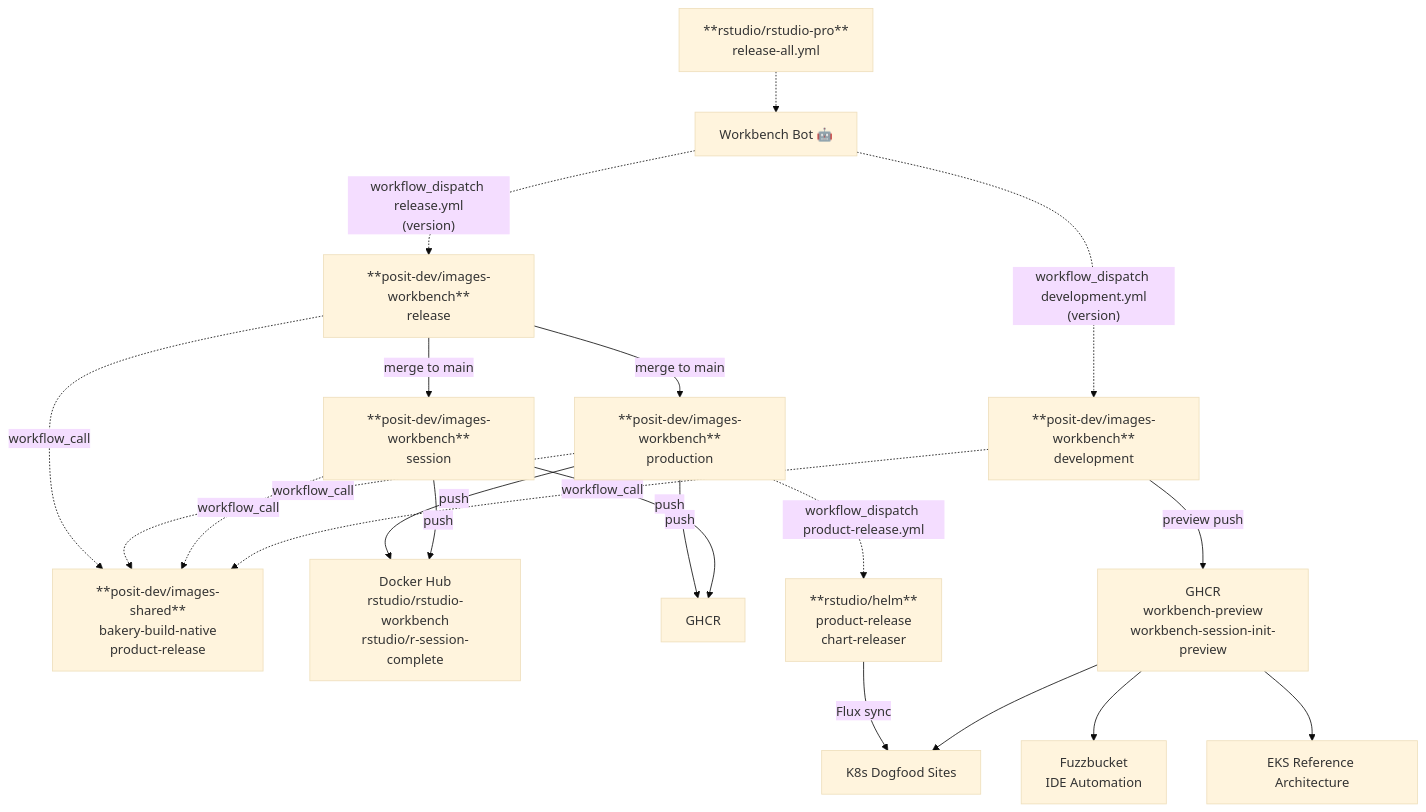
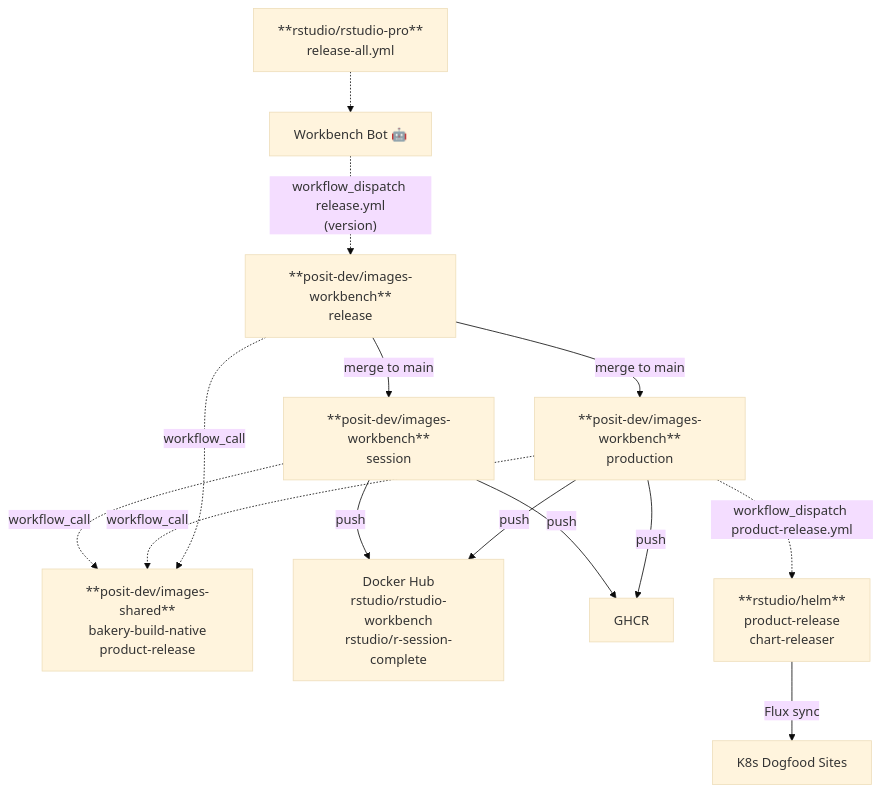
The sixth of 9 diagrams in docs/cross-repo-dag.md (posit-dev/images-shared), drawn with Mermaid (base theme) before and after one commit. The commit also changed other lines of this file, not shown here.

First line of the commit message:
Split per-product diagrams and fix consistency

````diff
--- a/docs/cross-repo-dag.md
+++ b/docs/cross-repo-dag.md
@@ -195,47 +216,35 @@
 ```mermaid
 graph TD
     PROD["**rstudio/rstudio-pro**<br/>release-all.yml"]
     BOT["Workbench Bot 🤖"]
 
     PROD -.-> BOT
-
     BOT -.->|"workflow_dispatch release.yml<br/>(version)"| IMG_RELEASE
-    BOT -.->|"workflow_dispatch development.yml<br/>(version)"| IMG_DEV
 
     SHARED["**posit-dev/images-shared**<br/>bakery-build-native<br/>product-release"]
 
     IMG_RELEASE["**posit-dev/images-workbench**<br/>release"]
     IMG_PROD["**posit-dev/images-workbench**<br/>production"]
     IMG_SESSION["**posit-dev/images-workbench**<br/>session"]
-    IMG_DEV["**posit-dev/images-workbench**<br/>development"]
 
     IMG_RELEASE -.->|workflow_call| SHARED
     IMG_PROD -.->|workflow_call| SHARED
     IMG_SESSION -.->|workflow_call| SHARED
-    IMG_DEV -.->|workflow_call| SHARED
 
     IMG_RELEASE -->|"merge to main"| IMG_PROD
     IMG_RELEASE -->|"merge to main"| IMG_SESSION
 
     IMG_PROD -->|push| DOCKERHUB
     IMG_PROD -->|push| GHCR
     IMG_SESSION -->|push| DOCKERHUB
     IMG_SESSION -->|push| GHCR
-    IMG_DEV -->|preview push| GHCR_PREVIEW
 
     DOCKERHUB["Docker Hub<br/>rstudio/rstudio-workbench<br/>rstudio/r-session-complete"]
     GHCR["GHCR"]
-    GHCR_PREVIEW["GHCR<br/>workbench-preview<br/>workbench-session-init-preview"]
 
     IMG_PROD -.->|"workflow_dispatch product-release.yml"| HELM
     HELM["**rstudio/helm**<br/>product-release<br/>chart-releaser"]
     HELM -->|Flux sync| K8S
 
-    GHCR_PREVIEW --> K8S
-    GHCR_PREVIEW --> FUZZBUCKET
-    GHCR_PREVIEW --> EKS_REF
-
     K8S["K8s Dogfood Sites"]
-    FUZZBUCKET["Fuzzbucket<br/>IDE Automation"]
-    EKS_REF["EKS Reference Architecture"]
 ```
````
